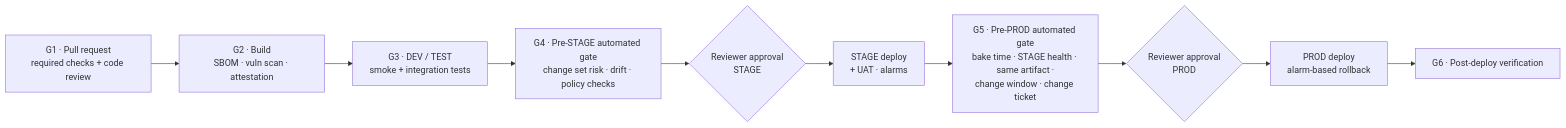
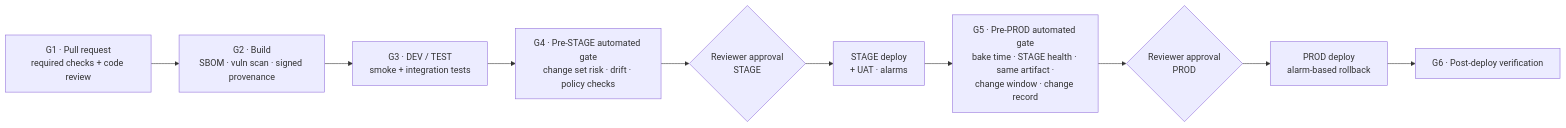
Diagram 12 of 16 in docs/ARCHITECTURE.md (kulveersingh/CloudInfraAutomation), drawn with Mermaid before and after one commit. The commit also changed other lines of this file and 3 other files, not shown here.

First line of the commit message:
Add full AWS service catalog design, Word document and overview diagram

````diff
--- a/docs/ARCHITECTURE.md
+++ b/docs/ARCHITECTURE.md
@@ -908,12 +1044,12 @@
 ```mermaid
 flowchart LR
-  G1["G1 · Pull request<br/>required checks + code review"] --> G2["G2 · Build<br/>SBOM · vuln scan · attestation"]
+  G1["G1 · Pull request<br/>required checks + code review"] --> G2["G2 · Build<br/>SBOM · vuln scan · signed provenance"]
   G2 --> G3["G3 · DEV / TEST<br/>smoke + integration tests"]
   G3 --> G4["G4 · Pre-STAGE automated gate<br/>change set risk · drift · policy checks"]
   G4 --> H1{"Reviewer approval<br/>STAGE"}
   H1 --> S["STAGE deploy<br/>+ UAT · alarms"]
-  S --> G5["G5 · Pre-PROD automated gate<br/>bake time · STAGE health · same artifact ·<br/>change window · change ticket"]
+  S --> G5["G5 · Pre-PROD automated gate<br/>bake time · STAGE health · same artifact ·<br/>change window · change record"]
   G5 --> H2{"Reviewer approval<br/>PROD"}
   H2 --> P["PROD deploy<br/>alarm-based rollback"]
   P --> G6["G6 · Post-deploy verification"]
 ```
````
